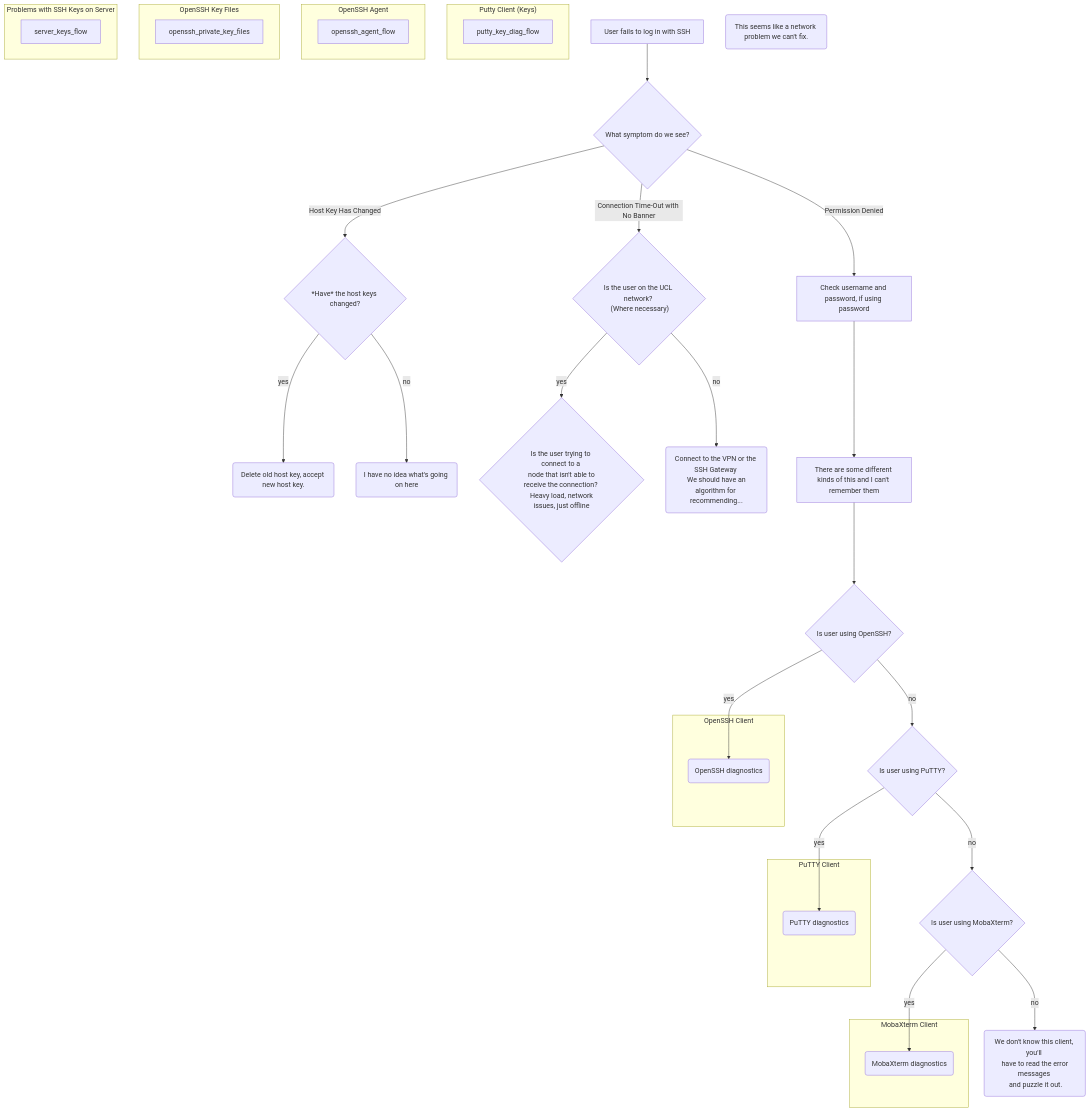
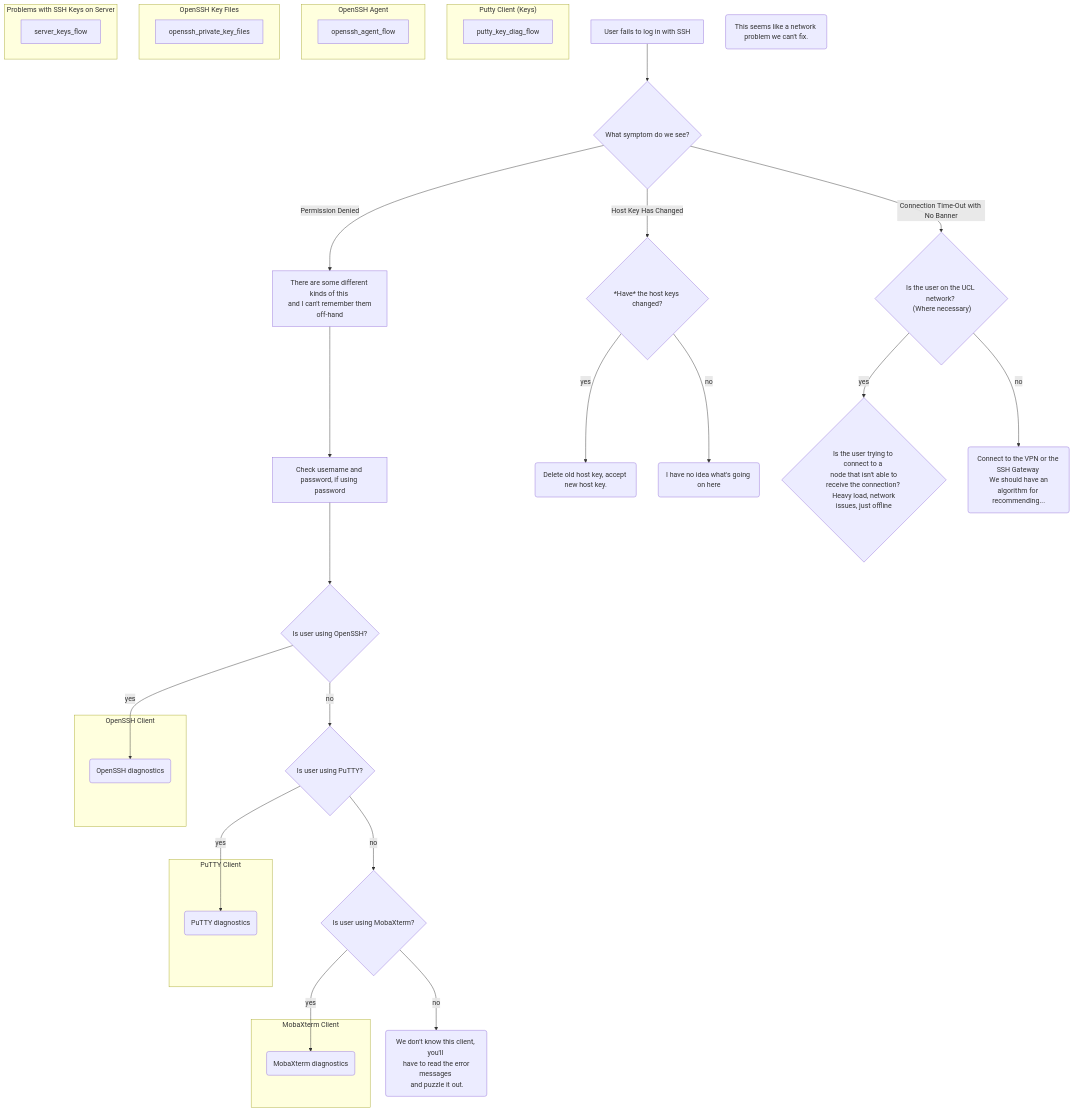
Before and after one commit to ikirker/mermaid-test: the diagram in README.md, drawn with Mermaid. The commit also changed other lines of this file, not shown here.

````diff
--- a/README.md
+++ b/README.md
@@ -14,64 +3,64 @@
 ```mermaid
 graph TD
   login_fail[User fails to log in with SSH]
   
   login_fail --> what_symptom
   what_symptom{What symptom do we see?}
   what_symptom -- Host Key Has Changed --> changed_hostkeys
   what_symptom -- Connection Time-Out with No Banner --> wrong_network
-  what_symptom -- Permission Denied --> perm_denied
+  what_symptom -- Permission Denied --> uhhhh[There are some different kinds of this \n and I can't remember them off-hand]
+  
+  uhhhh --> perm_denied
 
   changed_hostkeys{*Have* the host keys changed?}
   changed_hostkeys -- yes --> get_new_host_key(Delete old host key, accept new host key.)
   changed_hostkeys -- no  --> wtf(I have no idea what's going on here)
 
   wrong_network{"Is the user on the UCL network? \n (Where necessary)"}
   wrong_network -- yes --> node_unavailable_timeout{Is the user trying to connect to a \n node that isn't able to receive the connection? \n Heavy load, network issues, just offline}
   wrong_network -- no --> get_to_right_network(Connect to the VPN or the SSH Gateway \n We should have an algorithm for recommending...)
 
   
   network_problems_other(This seems like a network problem we can't fix.)
   
   perm_denied[Check username and password, if using password]
-  perm_denied --> uhhhh[There are some different kinds of this and I can't remember them]
-  
-  uhhhh --> is_openssh
+  perm_denied --> is_openssh
   
   is_openssh{Is user using OpenSSH?}
   is_openssh -- yes --> openssh_diag_flow(OpenSSH diagnostics)
   is_openssh -- no  --> is_putty{Is user using PuTTY?}
   
   is_putty   -- yes --> putty_diag_flow(PuTTY diagnostics)
   is_putty   -- no  --> is_mobaxterm{Is user using MobaXterm?}
   
   is_mobaxterm -- yes --> mobaxterm_diag_flow(MobaXterm diagnostics)
   is_mobaxterm -- no  --> what_client(We don't know this client, you'll \n have to read the error messages \n and puzzle it out.)
   
   subgraph putty_diag_graph[PuTTY Client]
     putty_diag_flow
   end
   
   subgraph putty_key_diag_graph["Putty Client (Keys)"]
     putty_key_diag_flow
   end
   
   subgraph openssh_diag_graph[OpenSSH Client]
     openssh_diag_flow
   end
   
   subgraph openssh_agent_problems[OpenSSH Agent]
     openssh_agent_flow
   end
   
   subgraph openssh_private_key_file_problems[OpenSSH Key Files]
     openssh_private_key_files
   end
   
   subgraph mobaxterm_diag_graph[MobaXterm Client]
     mobaxterm_diag_flow
   end
   
   subgraph authorized_key_problems[Problems with SSH Keys on Server]
     server_keys_flow
   end
 ```
````
